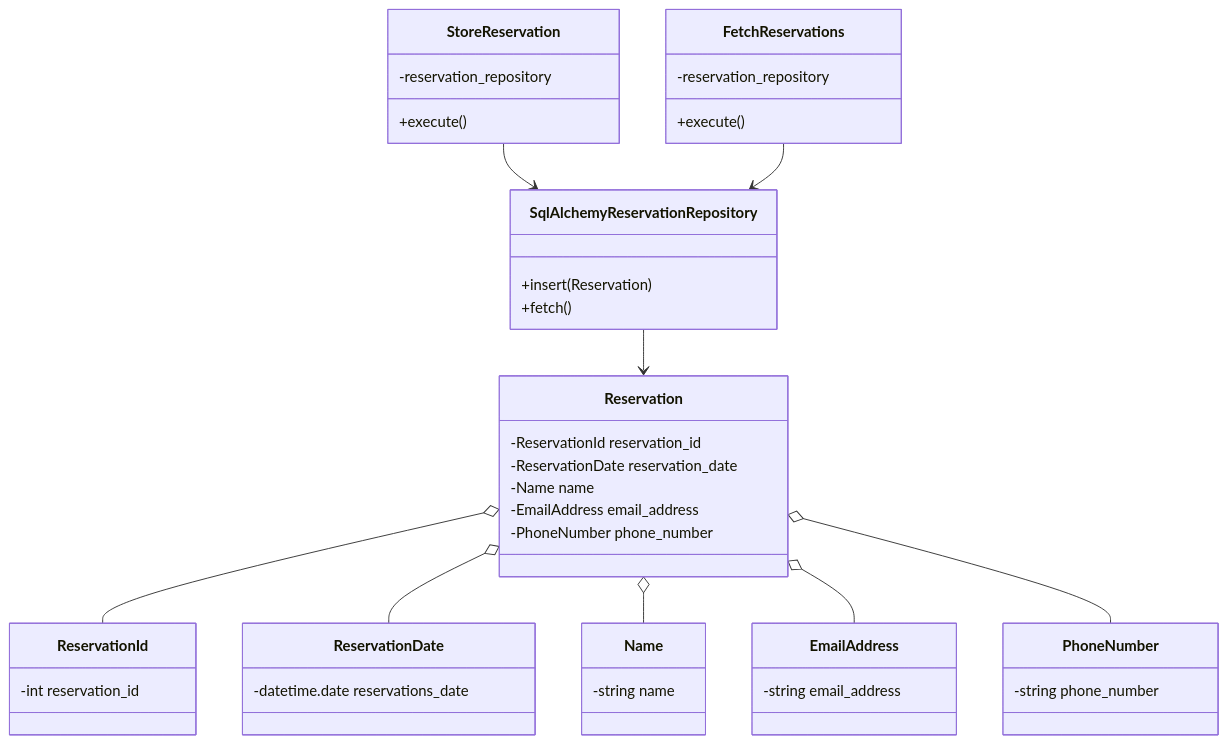
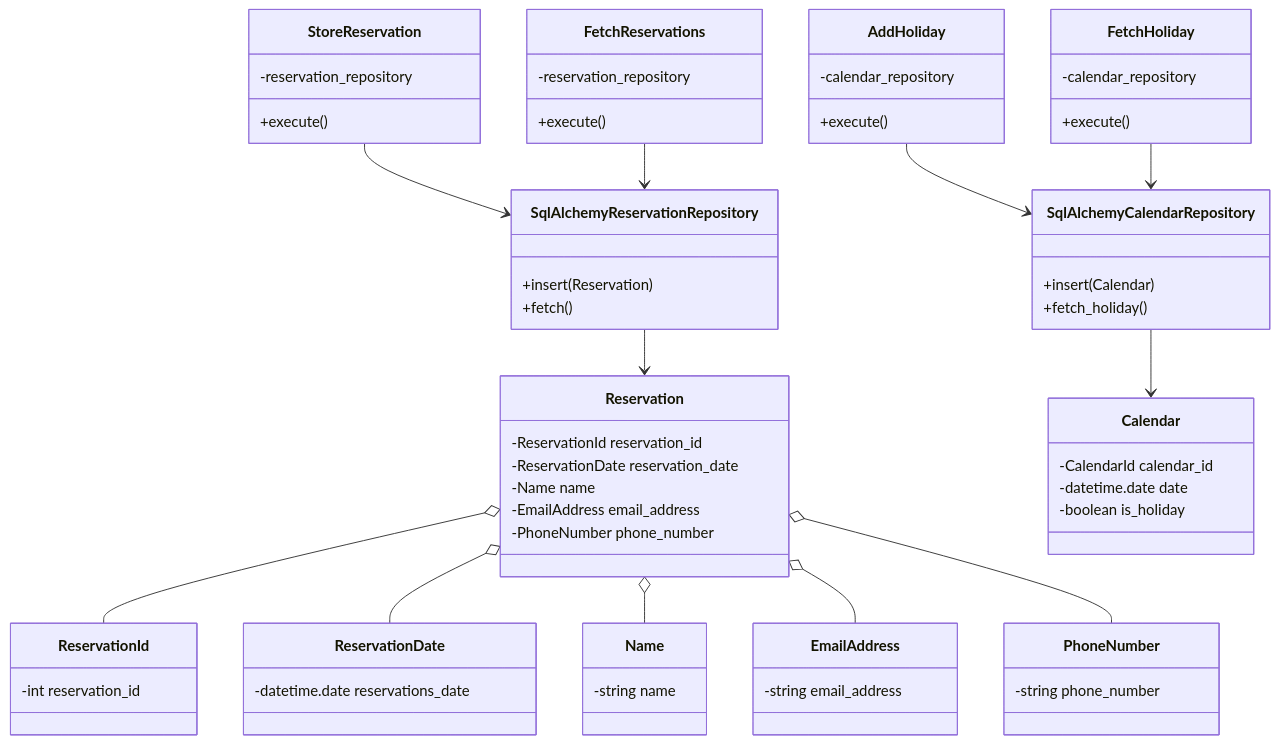
One commit to nakajima97/fastapi-react-reservation-form-object-oriented changed the diagram in documents/api-class-diagram.md. Above: the diagram before and after it, drawn with Mermaid.

Commit message:
#17 休日追加と取得のクラスをクラス図に追加

````diff
--- a/documents/api-class-diagram.md
+++ b/documents/api-class-diagram.md
@@ -1,48 +1,71 @@
 ```mermaid
 classDiagram
     StoreReservation --> SqlAlchemyReservationRepository
     class StoreReservation{
       -reservation_repository
       +execute()
     }
 
     FetchReservations --> SqlAlchemyReservationRepository
     class FetchReservations {
       -reservation_repository
       +execute()
     }
 
     SqlAlchemyReservationRepository --> Reservation
     class SqlAlchemyReservationRepository{
       +insert(Reservation)
       +fetch()
     }
 
     Reservation o-- ReservationId
     Reservation o-- ReservationDate
     Reservation o-- Name
     Reservation o-- EmailAddress
     Reservation o-- PhoneNumber
     class Reservation{
       -ReservationId reservation_id
       -ReservationDate reservation_date
       -Name name
       -EmailAddress email_address
       -PhoneNumber phone_number
     }
     class ReservationId{
       -int reservation_id
     }
     class ReservationDate{
       -datetime.date reservations_date
     }
     class Name{
       -string name
     }
     class EmailAddress{
       -string email_address
     }
     class PhoneNumber{
       -string phone_number
     }
+
+    AddHoliday --> SqlAlchemyCalendarRepository
+    class AddHoliday{
+      -calendar_repository
+      +execute()
+    }
+
+    FetchHoliday --> SqlAlchemyCalendarRepository
+    class FetchHoliday{
+      -calendar_repository
+      +execute()
+    }
+
+    SqlAlchemyCalendarRepository --> Calendar
+    class SqlAlchemyCalendarRepository{
+      +insert(Calendar)
+      +fetch_holiday()
+    }
+    class Calendar{
+      -CalendarId calendar_id
+      -datetime.date date
+      -boolean is_holiday
+    }
 ```
````
